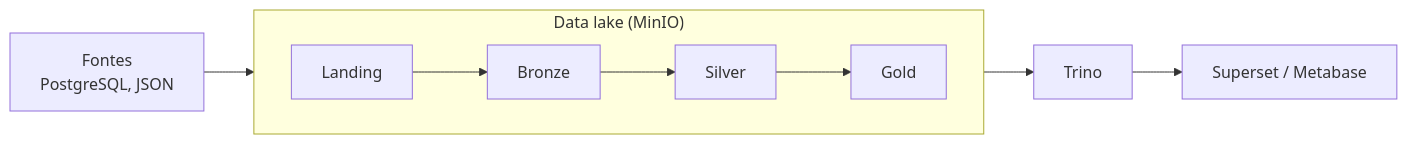
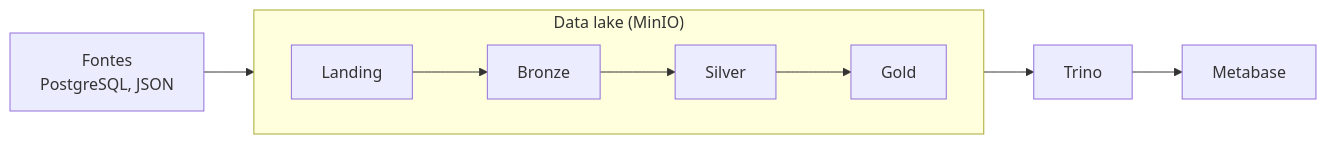
One commit to sanchesfranklin/gabs_dataframework changed the diagram in README.md. Above: the diagram before and after it, drawn with Mermaid. The commit also changed other lines of this file and 13 other files, not shown here.

````diff
--- a/README.md
+++ b/README.md
@@ -24,11 +24,11 @@
 ```mermaid
 flowchart LR
     F["Fontes<br/>PostgreSQL, JSON"] --> L
 
     subgraph LAKE["Data lake (MinIO)"]
         direction LR
         L["Landing"] --> B["Bronze"] --> S["Silver"] --> G["Gold"]
     end
 
-    G --> T["Trino"] --> V["Superset / Metabase"]
+    G --> T["Trino"] --> V["Metabase"]
 ```
````
